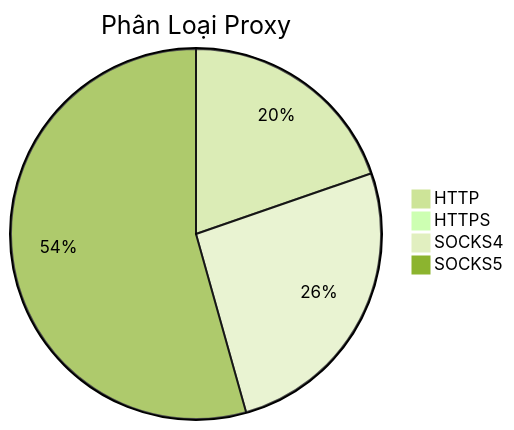
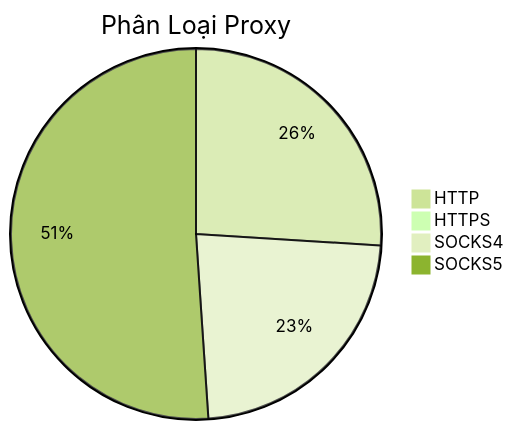
The diagram in README.md (Ciara-Aa/PROXY-free), drawn with Mermaid (forest theme) before and after one commit. The commit also changed other lines of this file and 4 other files, not shown here.

````diff
--- a/README.md
+++ b/README.md
@@ -26,7 +26,7 @@
 ```mermaid
 pie title Phân Loại Proxy
-    "HTTP" : 183
-    "HTTPS" : 0
-    "SOCKS4" : 241
-    "SOCKS5" : 505
+    "HTTP" : 195
+    "HTTPS" : 3
+    "SOCKS4" : 172
+    "SOCKS5" : 383
 ```
````
